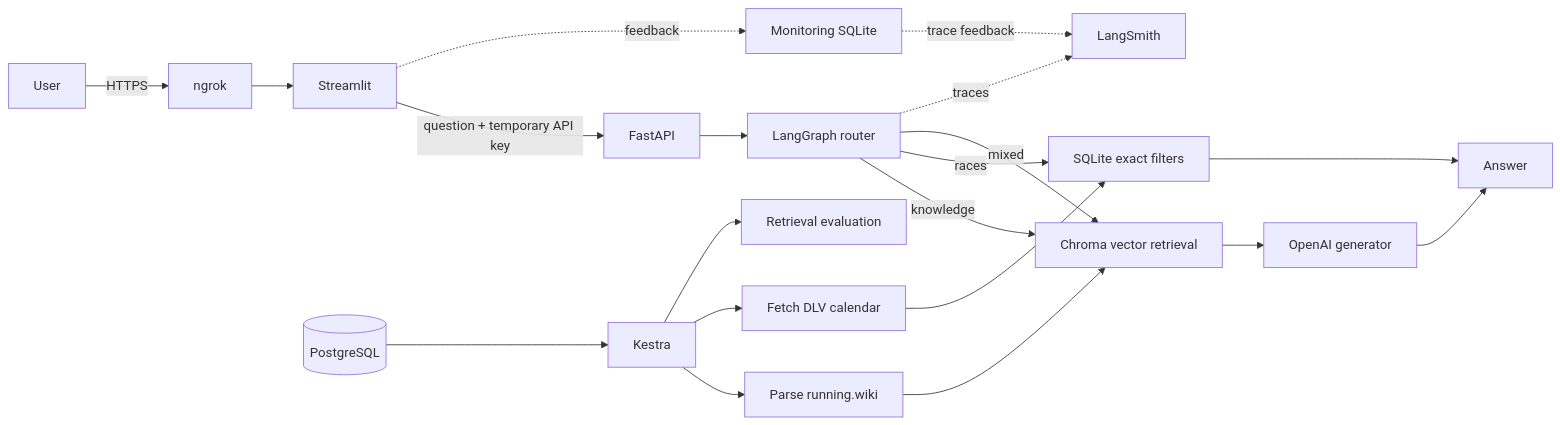
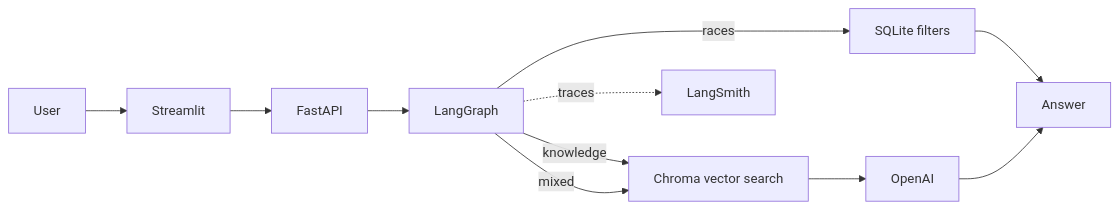
Before and after one commit to Gannnki/MaraPal_Coach: the diagram in README.md, drawn with Mermaid. The commit also changed other lines of this file and 1 other file, not shown here.

````diff
--- a/README.md
+++ b/README.md
@@ -61,23 +35,13 @@
 ```mermaid
 flowchart LR
-    U[User] -->|HTTPS| N[ngrok]
-    N --> S[Streamlit]
-    S -->|question + temporary API key| A[FastAPI]
-    A --> G[LangGraph router]
-    G -->|knowledge| V[Chroma vector retrieval]
-    G -->|races| R[SQLite exact filters]
+    U[User] --> S[Streamlit]
+    S --> A[FastAPI]
+    A --> G[LangGraph]
+    G -->|knowledge| V[Chroma vector search]
+    G -->|races| R[SQLite filters]
     G -->|mixed| V
-    V --> L[OpenAI generator]
+    V --> L[OpenAI]
     R --> O[Answer]
     L --> O
     G -. traces .-> LS[LangSmith]
-    S -. feedback .-> M[Monitoring SQLite]
-    M -. trace feedback .-> LS
-
-    K[Kestra] --> W[Parse running.wiki]
-    K --> D[Fetch DLV calendar]
-    W --> V
-    D --> R
-    K --> E[Retrieval evaluation]
-    P[(PostgreSQL)] --> K
 ```
````
